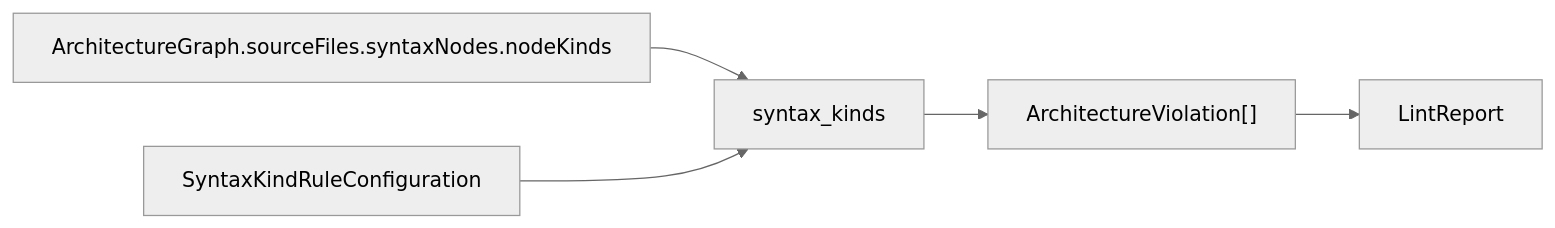
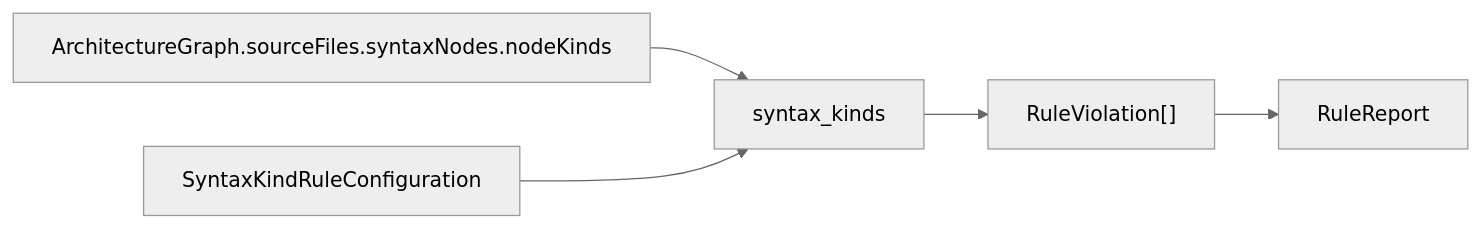
Before and after one commit to RoyalPineapple/BumperBowling: the eighth of 9 diagrams in docs/ARCHITECTURE_SNAPSHOT.md, drawn with Mermaid (neutral theme). The commit also changed other lines of this file and 54 other files, not shown here.

First line of the commit message:
Open shaper architecture: BumperProject, one engine, one runner (0.5.0) (#39)

````diff
--- a/docs/ARCHITECTURE_SNAPSHOT.md
+++ b/docs/ARCHITECTURE_SNAPSHOT.md
@@ -108,7 +108,7 @@
 ```mermaid
 flowchart LR
     Kinds["ArchitectureGraph.sourceFiles.syntaxNodes.nodeKinds"] --> SyntaxKinds["syntax_kinds"]
     Policy["SyntaxKindRuleConfiguration"] --> SyntaxKinds
-    SyntaxKinds --> Findings["ArchitectureViolation[]"]
-    Findings --> Report["LintReport"]
+    SyntaxKinds --> Findings["RuleViolation[]"]
+    Findings --> Report["RuleReport"]
 ```
````
